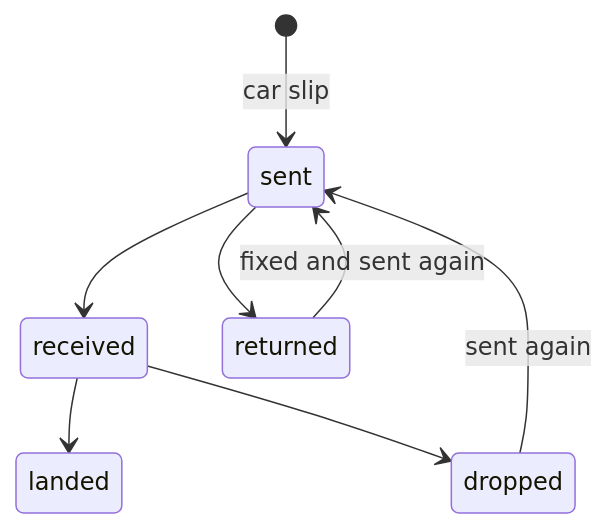
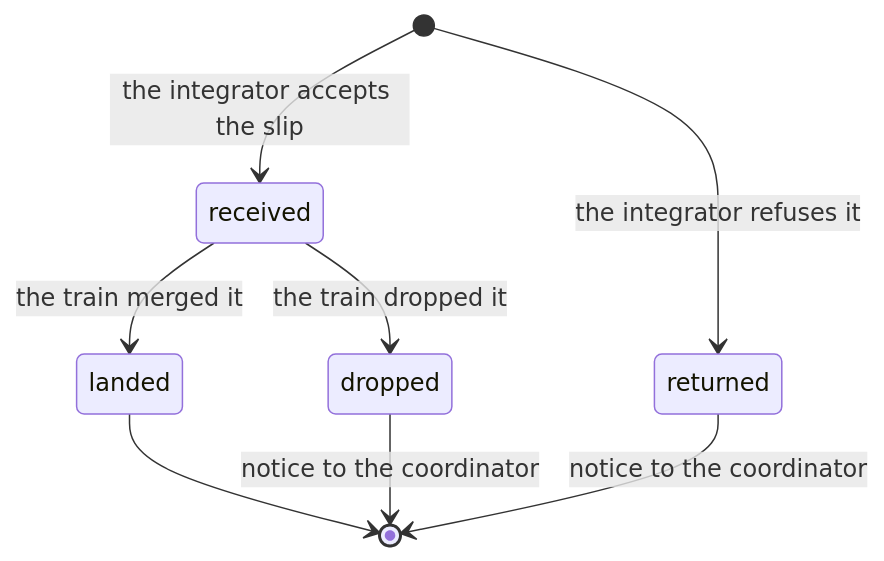
One commit to wayne930242/pi-straw-boss changed the second of 2 diagrams in site/src/content/docs/guide/merge-train.md. Above: the diagram before and after it, drawn with Mermaid. The commit also changed other lines of this file and 8 other files, not shown here.

Commit message:
docs(site): diagrams keep natural size and scroll, auto mode and local runs drawn top-down, merge-train car states as the four real ones; plan-first rule, zh README wraps, twin terms, first table column kept whole

````diff
--- a/site/src/content/docs/guide/merge-train.md
+++ b/site/src/content/docs/guide/merge-train.md
@@ -49,10 +49,10 @@
 ```mermaid
 stateDiagram-v2
-  [*] --> sent: car slip
-  sent --> received
-  sent --> returned
-  received --> landed
-  received --> dropped
-  returned --> sent: fixed and sent again
-  dropped --> sent: sent again
+  [*] --> received: the integrator accepts the slip
+  [*] --> returned: the integrator refuses it
+  received --> landed: the train merged it
+  received --> dropped: the train dropped it
+  landed --> [*]
+  returned --> [*]: notice to the coordinator
+  dropped --> [*]: notice to the coordinator
 ```
````
